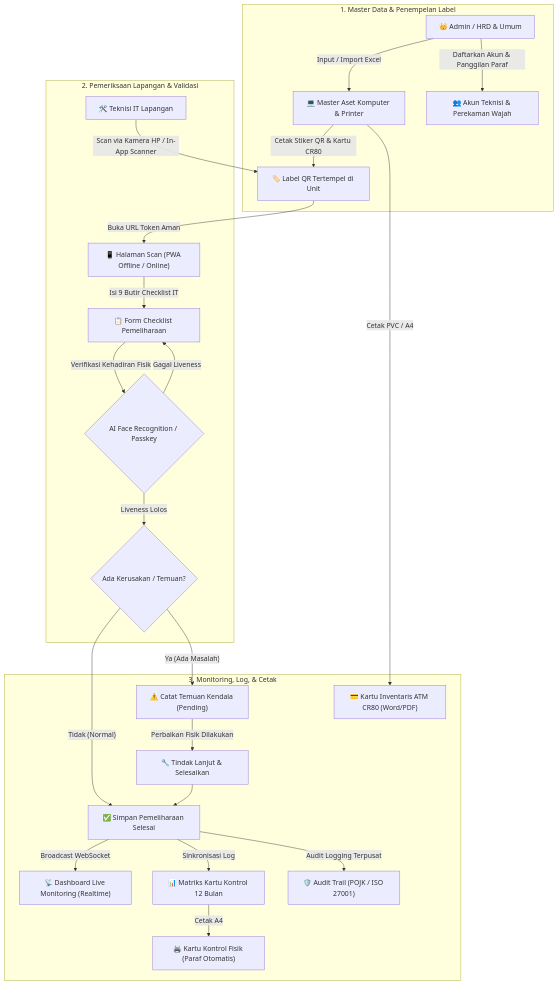
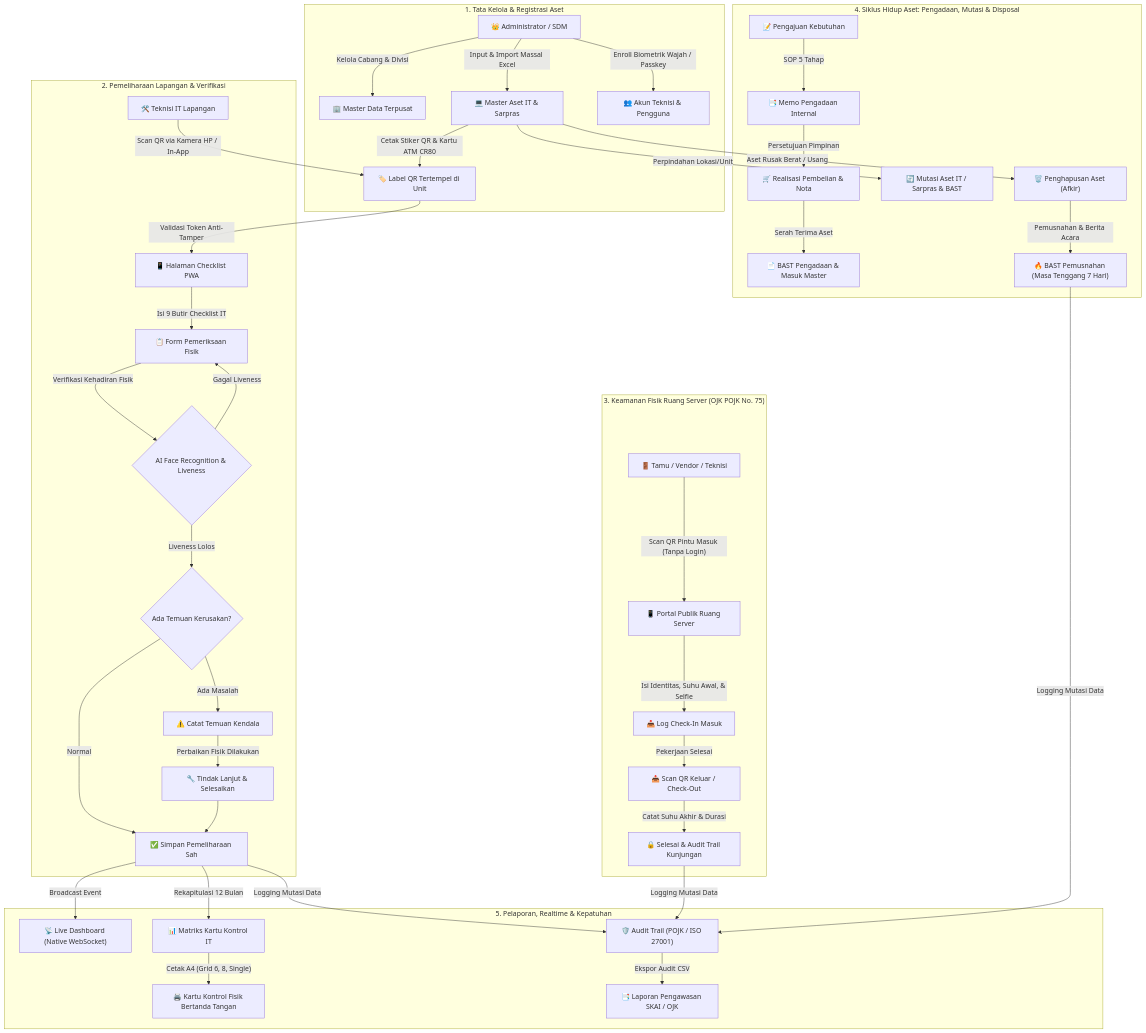
The first of 2 diagrams in README.md (anangsuper/Maintenance-QR), drawn with Mermaid before and after one commit. The commit also changed other lines of this file and 2 other files, not shown here.

````diff
--- a/README.md
+++ b/README.md
@@ -43,30 +60,46 @@
 ```mermaid
 flowchart TD
-    subgraph PERSIAPAN["1. Master Data & Penempelan Label"]
-        A["👑 Admin / HRD & Umum"] -->|"Input / Import Excel"| B["💻 Master Aset Komputer & Printer"]
-        A -->|"Daftarkan Akun & Panggilan Paraf"| C["👥 Akun Teknisi & Perekaman Wajah"]
-        B -->|"Cetak Stiker QR & Kartu CR80"| D["🏷️ Label QR Tertempel di Unit"]
+    subgraph PERSIAPAN["1. Tata Kelola & Registrasi Aset"]
+        A["👑 Administrator / SDM"] -->|"Kelola Cabang & Divisi"| B["🏢 Master Data Terpusat"]
+        A -->|"Input & Import Massal Excel"| C["💻 Master Aset IT & Sarpras"]
+        C -->|"Cetak Stiker QR & Kartu ATM CR80"| D["🏷️ Label QR Tertempel di Unit"]
+        A -->|"Enroll Biometrik Wajah / Passkey"| E["👥 Akun Teknisi & Pengguna"]
     end
 
-    subgraph PELAKSANAAN["2. Pemeriksaan Lapangan & Validasi"]
-        E["🛠️ Teknisi IT Lapangan"] -->|"Scan via Kamera HP / In-App Scanner"| D
-        D -->|"Buka URL Token Aman"| F["📱 Halaman Scan (PWA Offline / Online)"]
-        F -->|"Isi 9 Butir Checklist IT"| G["📋 Form Checklist Pemeliharaan"]
-        G -->|"Verifikasi Kehadiran Fisik"| H{"AI Face Recognition / Passkey"}
-        H -->|"Liveness Lolos"| I{"Ada Kerusakan / Temuan?"}
-        H -->|"Gagal Liveness"| G
+    subgraph OPERASIONAL["2. Pemeliharaan Lapangan & Verifikasi"]
+        F["🛠️ Teknisi IT Lapangan"] -->|"Scan QR via Kamera HP / In-App"| D
+        D -->|"Validasi Token Anti-Tamper"| G["📱 Halaman Checklist PWA"]
+        G -->|"Isi 9 Butir Checklist IT"| H["📋 Form Pemeriksaan Fisik"]
+        H -->|"Verifikasi Kehadiran Fisik"| I{"AI Face Recognition & Liveness"}
+        I -->|"Liveness Lolos"| J{"Ada Temuan Kerusakan?"}
+        I -->|"Gagal Liveness"| H
+        J -->|"Normal"| K["✅ Simpan Pemeliharaan Sah"]
+        J -->|"Ada Masalah"| L["⚠️ Catat Temuan Kendala"]
+        L -->|"Perbaikan Fisik Dilakukan"| M["🔧 Tindak Lanjut & Selesaikan"]
+        M --> K
     end
 
-    subgraph HASIL["3. Monitoring, Log, & Cetak"]
-        I -->|"Tidak (Normal)"| J["✅ Simpan Pemeliharaan Selesai"]
-        I -->|"Ya (Ada Masalah)"| K["⚠️ Catat Temuan Kendala (Pending)"]
-        K -->|"Perbaikan Fisik Dilakukan"| L["🔧 Tindak Lanjut & Selesaikan"]
-        L --> J
+    subgraph KEAMANAN["3. Keamanan Fisik Ruang Server (OJK POJK No. 75)"]
+        T["🚪 Tamu / Vendor / Teknisi"] -->|"Scan QR Pintu Masuk (Tanpa Login)"| U["📱 Portal Publik Ruang Server"]
+        U -->|"Isi Identitas, Suhu Awal, & Selfie"| V["📥 Log Check-In Masuk"]
+        V -->|"Pekerjaan Selesai"| W["📤 Scan QR Keluar / Check-Out"]
+        W -->|"Catat Suhu Akhir & Durasi"| X["🔒 Selesai & Audit Trail Kunjungan"]
+    end
 
-        J -->|"Broadcast WebSocket"| M["📡 Dashboard Live Monitoring (Realtime)"]
-        J -->|"Sinkronisasi Log"| N["📊 Matriks Kartu Kontrol 12 Bulan"]
-        J -->|"Audit Logging Terpusat"| O["🛡️ Audit Trail (POJK / ISO 27001)"]
-        N -->|"Cetak A4"| P["🖨️ Kartu Kontrol Fisik (Paraf Otomatis)"]
-        B -->|"Cetak PVC / A4"| Q["💳 Kartu Inventaris ATM CR80 (Word/PDF)"]
+    subgraph SIKLUS_ASET["4. Siklus Hidup Aset: Pengadaan, Mutasi & Disposal"]
+        Y["📝 Pengajuan Kebutuhan"] -->|"SOP 5 Tahap"| Z["📑 Memo Pengadaan Internal"]
+        Z -->|"Persetujuan Pimpinan"| AA["🛒 Realisasi Pembelian & Nota"]
+        AA -->|"Serah Terima Aset"| AB["📄 BAST Pengadaan & Masuk Master"]
+        C -->|"Perpindahan Lokasi/Unit"| AC["🔄 Mutasi Aset IT / Sarpras & BAST"]
+        C -->|"Aset Rusak Berat / Usang"| AD["🗑️ Penghapusan Aset (Afkir)"]
+        AD -->|"Pemusnahan & Berita Acara"| AE["🔥 BAST Pemusnahan (Masa Tenggang 7 Hari)"]
+    end
+
+    subgraph MONITORING["5. Pelaporan, Realtime & Kepatuhan"]
+        K -->|"Broadcast Event"| N["📡 Live Dashboard (Native WebSocket)"]
+        K -->|"Rekapitulasi 12 Bulan"| O["📊 Matriks Kartu Kontrol IT"]
+        K & X & AE -->|"Logging Mutasi Data"| P["🛡️ Audit Trail (POJK / ISO 27001)"]
+        O -->|"Cetak A4 (Grid 6, 8, Single)"| Q["🖨️ Kartu Kontrol Fisik Bertanda Tangan"]
+        P -->|"Ekspor Audit CSV"| R["📑 Laporan Pengawasan SKAI / OJK"]
     end
 ```
````
